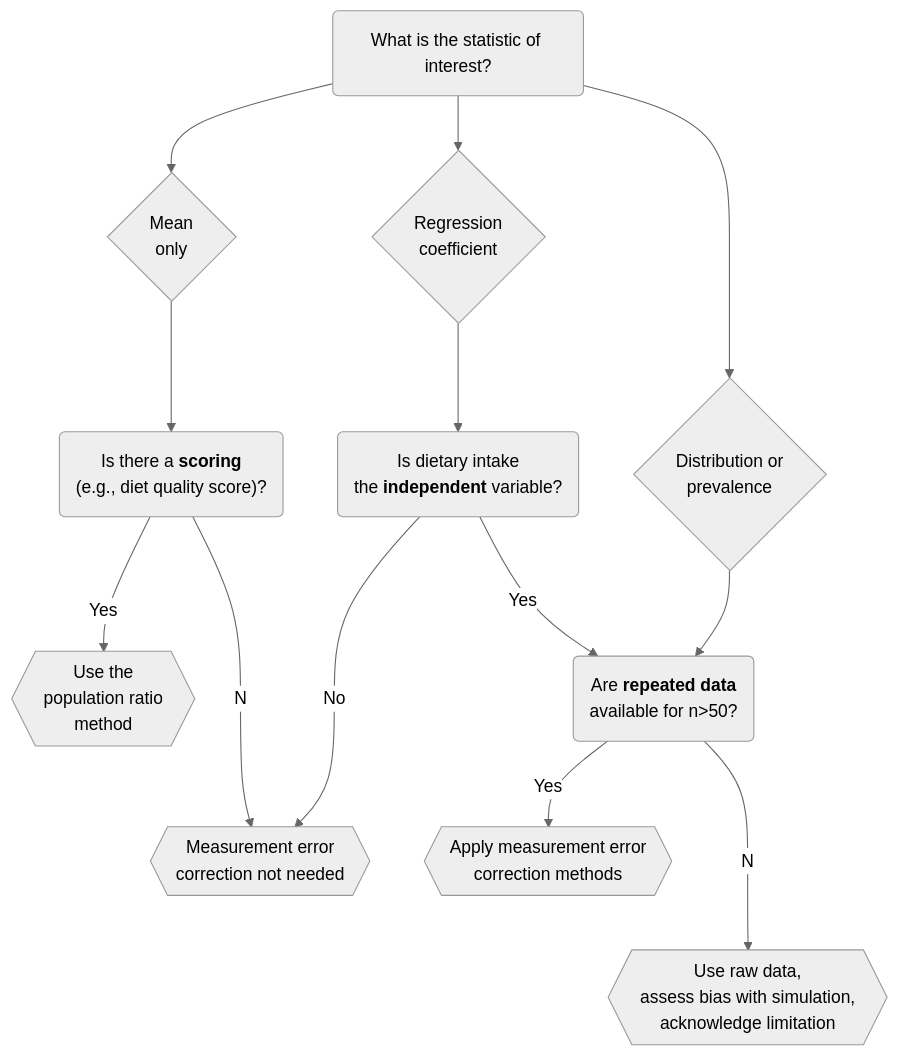
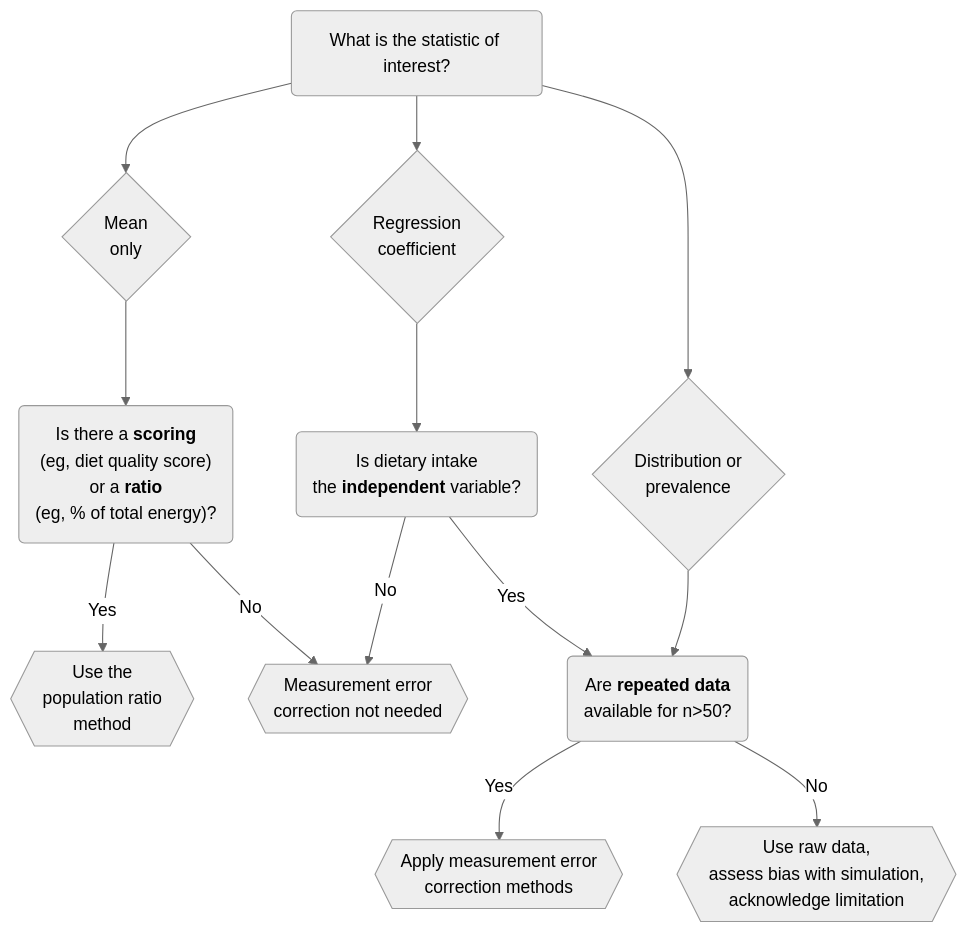
Before and after one commit to didierbrassard/nci_workshop: the first of 2 diagrams in README.md, drawn with Mermaid.

Commit message:
Update README.md
+flow chart update

````diff
--- a/README.md
+++ b/README.md
@@ -45,27 +45,28 @@
 ``` mermaid
 
 %%{init: {'theme': 'neutral' } }%%
 flowchart TD
   Q1("What is the statistic of interest?")
   S1{"Mean<br>only"}
   S2{"Distribution or<br>prevalence"}
   S3{"Regression<br>coefficient"}
-  S1-->Q4("Is there a <b>scoring</b> <br>(e.g., diet quality score)?")
-  Q4--Yes-->F1
-  Q4--No-->F2
+  S1-->Q4("Is there a <b>scoring</b> <br>(eg, diet quality score)<br>or a <b>ratio</b><br>(eg, % of total energy)?")
+  Q4--"Yes"-->F1
+  Q4--"No"-->F2
   F1{{"Use the<br>population ratio<br>method"}}
   Q1-->S1
   Q2("Are <b>repeated data</b><br>available for n>50?")
   Q1-->S2
   Q1-->S3
   S3-->Q3("Is dietary intake<br>the <b>independent</b> variable?")
   Q3--"Yes"-->Q2
   Q3--"No"-->F2
   F2{{"Measurement error<br>correction not needed"}}
   S2-->Q2
-  Q2--Yes-->F3
+  Q2--"Yes"-->F3
   F3{{"Apply measurement error<br>correction methods"}}
-  Q2--No-->F4
+  Q2--"No"-->F4
   F4{{"Use raw data,<br>assess bias with simulation,<br> acknowledge limitation"}}
 
+
 ```
````
